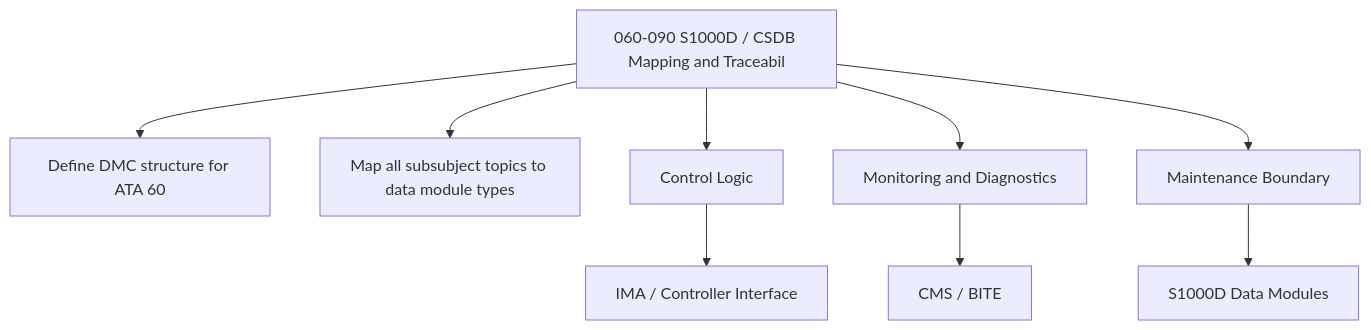
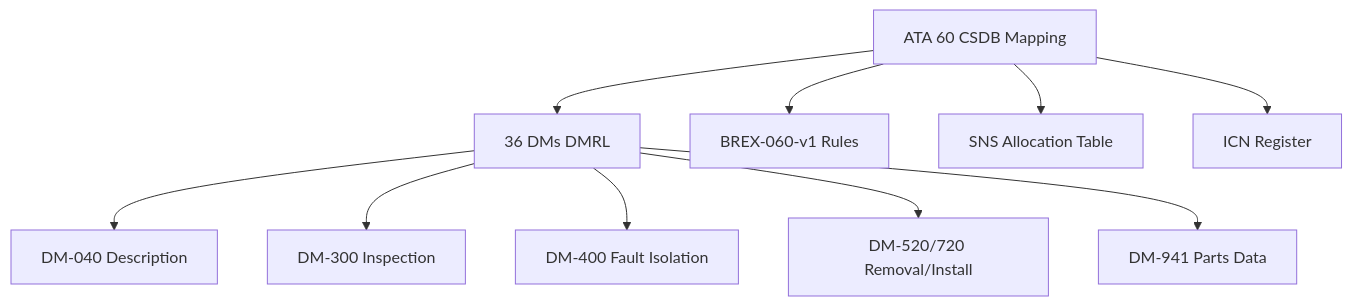
One commit to AmedeoPelliccia/Qplus-For-All-Queer-People-and-Quantum changed the second of 2 diagrams in Q+ATLANTIDE/000-099_ATLAS/060-069_Propulsion-Tradicional/060_Standard-Practices-Propeller-Rotor/060-090-S1000D-CSDB-Mapping-and-Traceability.md. Above: the diagram before and after it, drawn with Mermaid. The commit also changed other lines of this file and 74 other files, not shown here.

````diff
--- a/Q+ATLANTIDE/000-099_ATLAS/060-069_Propulsion-Tradicional/060_Standard-Practices-Propeller-Rotor/060-090-S1000D-CSDB-Mapping-and-Traceability.md
+++ b/Q+ATLANTIDE/000-099_ATLAS/060-069_Propulsion-Tradicional/060_Standard-Practices-Propeller-Rotor/060-090-S1000D-CSDB-Mapping-and-Traceability.md
@@ -172,11 +115,12 @@
 ```mermaid
 flowchart TB
-    SYS[060-090 S1000D / CSDB Mapping and Traceabil] --> F1[Define DMC structure for ATA 60]
-    SYS --> F2[Map all subsubject topics to data module types]
-    SYS --> CTRL[Control Logic]
-    SYS --> MON[Monitoring and Diagnostics]
-    SYS --> MAINT[Maintenance Boundary]
-    CTRL --> IMA[IMA / Controller Interface]
-    MON --> CMS[CMS / BITE]
-    MAINT --> CSDB[S1000D Data Modules]
+    CSDB[ATA 60 CSDB Mapping] --> DMRL[36 DMs DMRL]
+    CSDB --> BREX[BREX-060-v1 Rules]
+    CSDB --> SNS[SNS Allocation Table]
+    CSDB --> ICN[ICN Register]
+    DMRL --> DESC[DM-040 Description]
+    DMRL --> INSP[DM-300 Inspection]
+    DMRL --> FAULT[DM-400 Fault Isolation]
+    DMRL --> MAINT[DM-520/720 Removal/Install]
+    DMRL --> PARTS[DM-941 Parts Data]
 ```
````
